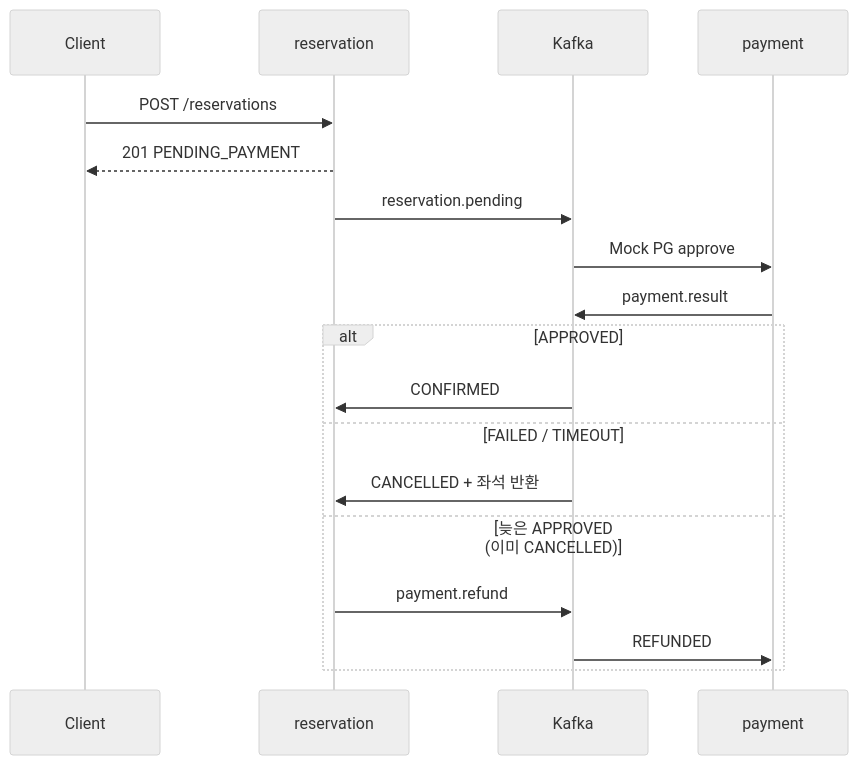
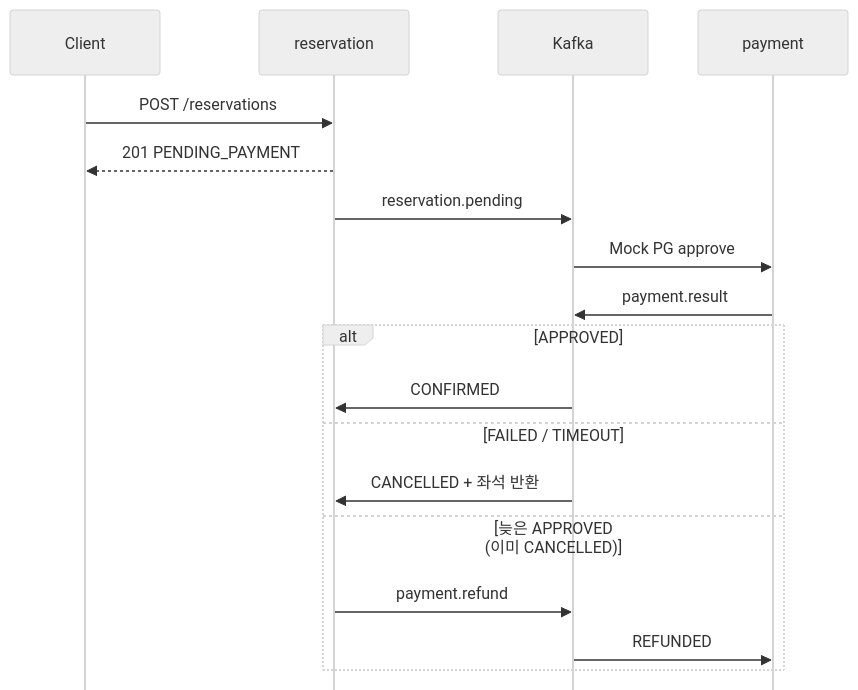
One commit to yuuki9/booking-system changed the diagram in README.md. Above: the diagram before and after it, drawn with Mermaid (neutral theme).

Commit message:
docs(docs): Saga 시퀀스 다이어그램 하단 중복 actor 박스 제거
mirrorActors를 끄고 participant 라벨이 위쪽에만 보이도록 한다.

````diff
--- a/README.md
+++ b/README.md
@@ -36,21 +36,22 @@
 ```mermaid
+%%{init: {'sequence': {'mirrorActors': false}}}%%
 sequenceDiagram
     participant C as Client
     participant R as reservation
     participant K as Kafka
     participant P as payment
 
     C->>R: POST /reservations
     R-->>C: 201 PENDING_PAYMENT
     R->>K: reservation.pending
     K->>P: Mock PG approve
     P->>K: payment.result
     alt APPROVED
         K->>R: CONFIRMED
     else FAILED / TIMEOUT
         K->>R: CANCELLED + 좌석 반환
     else 늦은 APPROVED (이미 CANCELLED)
         R->>K: payment.refund
         K->>P: REFUNDED
     end
 ```
````
